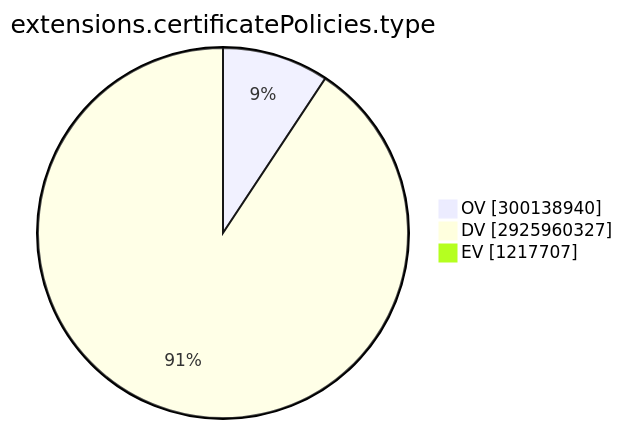
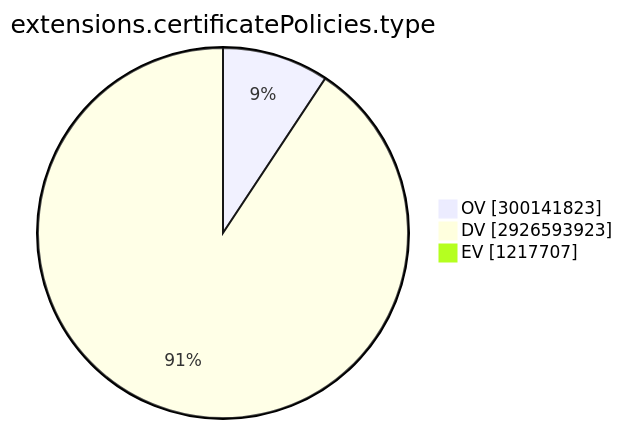
One commit to christiankrug/ctmonitor_visualization changed the ninth of 15 diagrams in TOTAL/README.md. Above: the diagram before and after it, drawn with Mermaid. The commit also changed other lines of this file, not shown here.

````diff
--- a/TOTAL/README.md
+++ b/TOTAL/README.md
@@ -3101,7 +3101,7 @@
 ```mermaid
 pie showData
 title extensions.certificatePolicies.type
-"OV" :300138940
-"DV" :2925960327
+"OV" :300141823
+"DV" :2926593923
 "EV" :1217707
 ```
````
